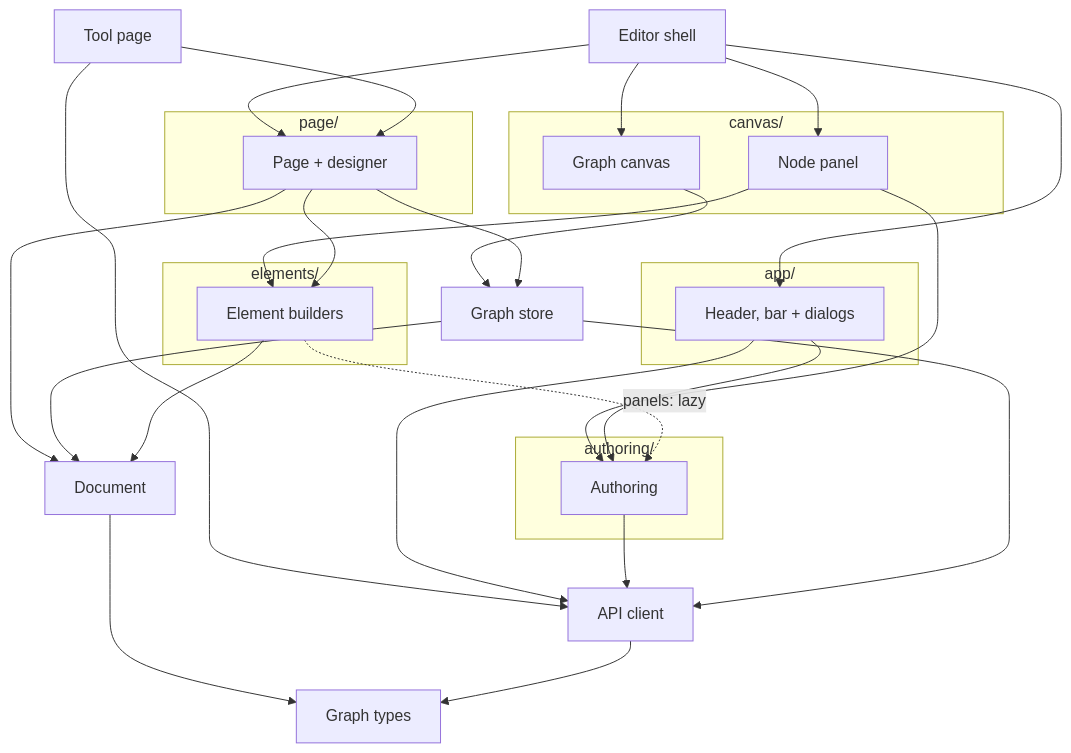
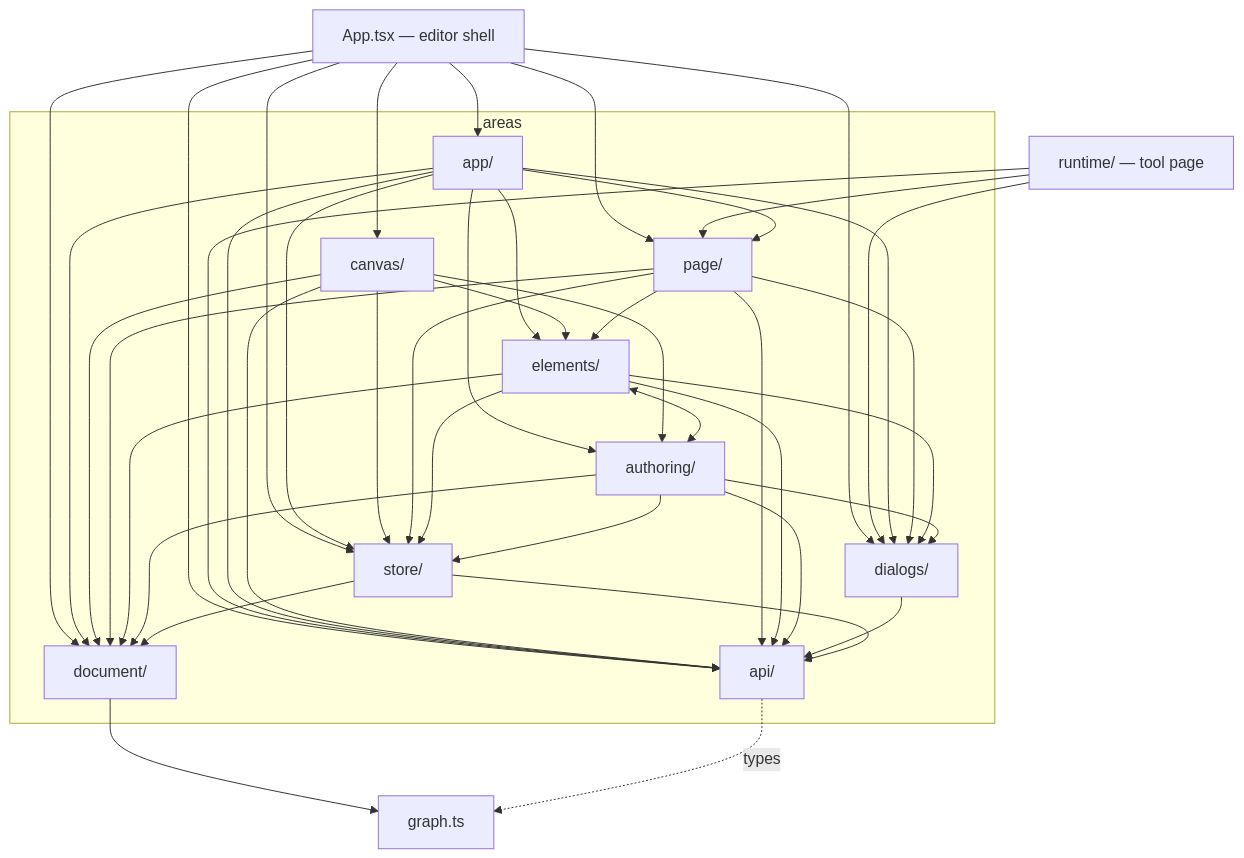
One commit to Archimedes79/AI_Graph changed the ninth of 9 diagrams in arch/overview.md. Above: the diagram before and after it, drawn with Mermaid. The commit also changed other lines of this file and 16 other files, not shown here.

````diff
--- a/arch/overview.md
+++ b/arch/overview.md
@@ -489,49 +694,60 @@
 ```mermaid
 flowchart TD
-  App["Editor shell"]
-  Runtime["Tool page"]
+  Shell["App.tsx — editor shell"]
+  Tool["runtime/ — tool page"]
 
-  subgraph app["app/"]
-    Toolbar["Header, bar + dialogs"]
+  subgraph top["areas"]
+    AppDir["app/"]
+    Canvas["canvas/"]
+    Page["page/"]
+    Elements["elements/"]
+    Authoring["authoring/"]
+    Dialogs["dialogs/"]
+    Store["store/"]
+    Document["document/"]
+    Client["api/"]
   end
-  subgraph canvas["canvas/"]
-    Canvas["Graph canvas"]
-    NodeEd["Node panel"]
-  end
-  subgraph page["page/"]
-    Page["Page + designer"]
-  end
-  subgraph elements["elements/"]
-    Registry["Element builders"]
-  end
-  subgraph authoring["authoring/"]
-    Authoring["Authoring"]
-  end
+  Graph["graph.ts"]
 
-  Store["Graph store"]
-  Document["Document"]
-  Client["API client"]
-  Graph["Graph types"]
-
-  App --> Canvas
-  App --> NodeEd
-  App --> Toolbar
-  App --> Page
-  Runtime --> Page
-  Runtime --> Client
+  Shell --> AppDir
+  Shell --> Canvas
+  Shell --> Page
+  Shell --> Dialogs
+  Shell --> Store
+  Shell --> Document
+  Shell --> Client
+  Tool --> Page
+  Tool --> Dialogs
+  Tool --> Client
+  AppDir --> Authoring
+  AppDir --> Elements
+  AppDir --> Page
+  AppDir --> Dialogs
+  AppDir --> Store
+  AppDir --> Document
+  AppDir --> Client
+  Canvas --> Authoring
+  Canvas --> Elements
   Canvas --> Store
-  NodeEd --> Registry
-  NodeEd --> Authoring
-  Toolbar --> Authoring
-  Toolbar --> Client
-  Page --> Registry
+  Canvas --> Document
+  Canvas --> Client
+  Page --> Elements
+  Page --> Dialogs
   Page --> Store
   Page --> Document
-  Registry -. "panels: lazy" .-> Authoring
+  Page --> Client
+  Elements <--> Authoring
+  Elements --> Dialogs
+  Elements --> Store
+  Elements --> Document
+  Elements --> Client
+  Authoring --> Dialogs
+  Authoring --> Store
+  Authoring --> Document
   Authoring --> Client
+  Dialogs --> Client
+  Store --> Document
   Store --> Client
-  Store --> Document
-  Registry --> Document
   Document --> Graph
-  Client --> Graph
+  Client -. "types" .-> Graph
 ```
````
